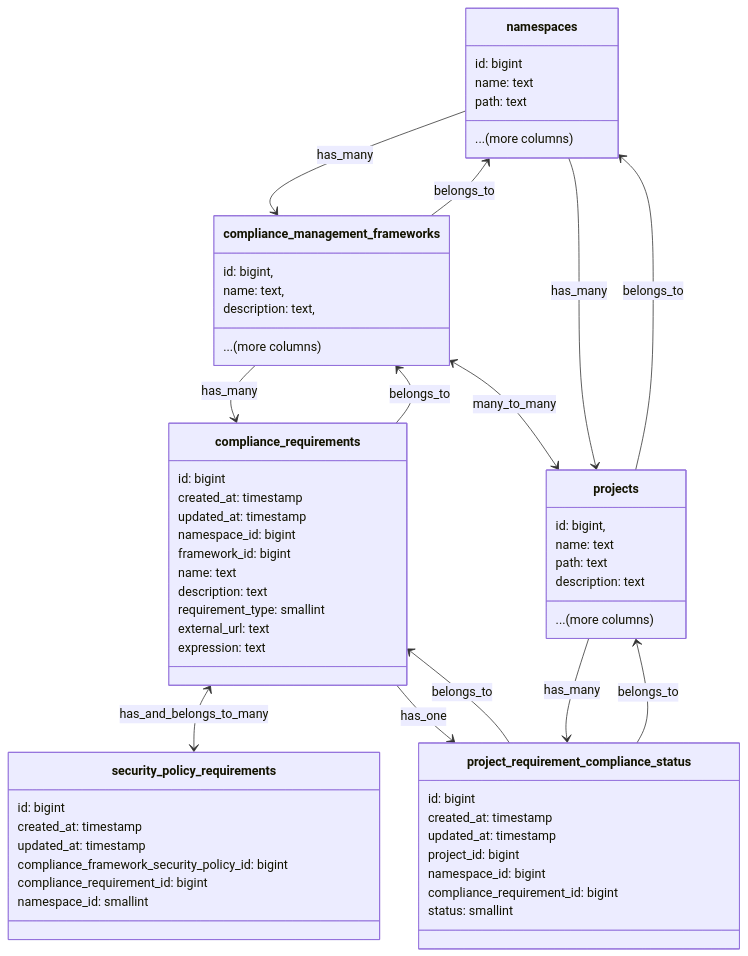
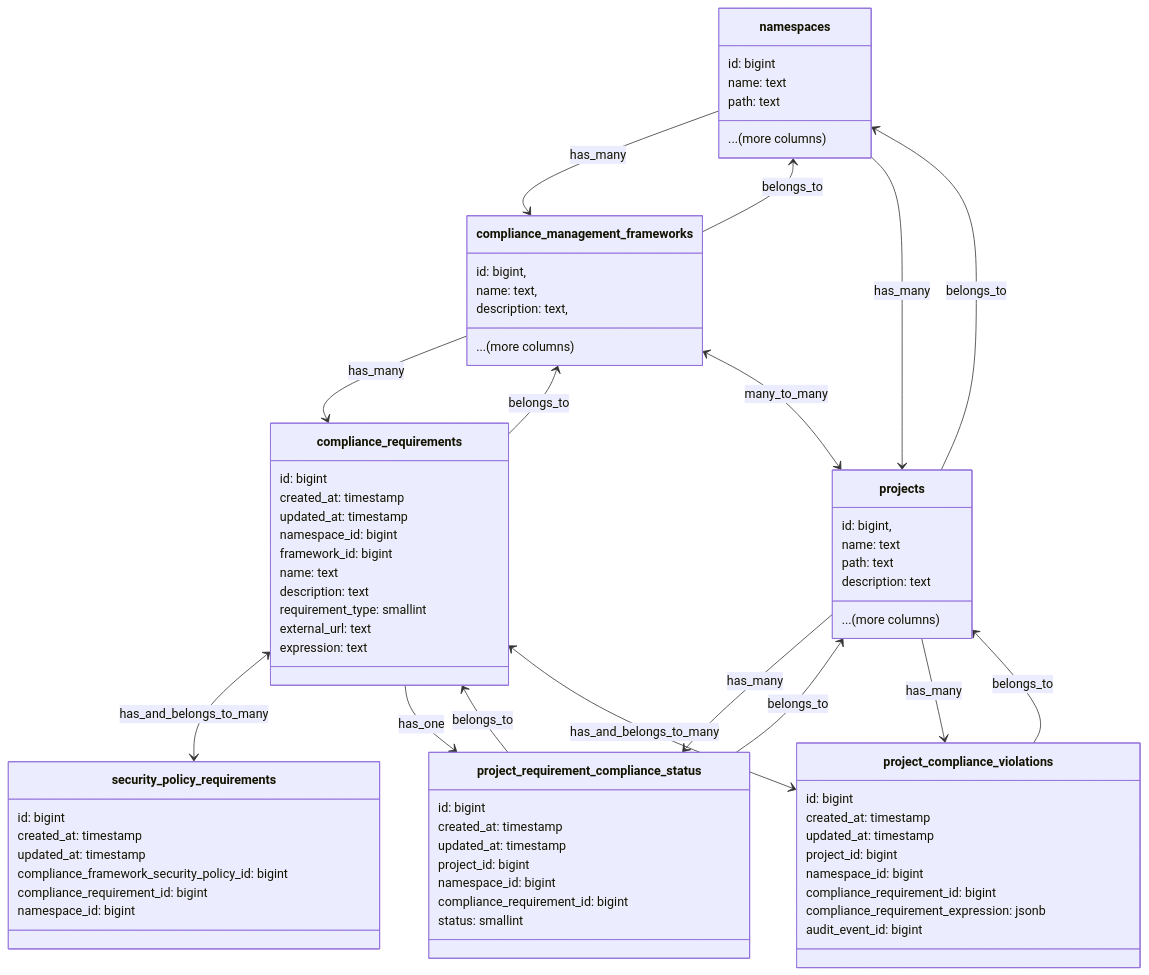
Before and after one commit to zalyoung/gitlab-handbook: the first of 4 diagrams in content/handbook/engineering/architecture/design-documents/compliance-adherence-reporting/_index.md, drawn with Mermaid. The commit also changed other lines of this file and 1 other file, not shown here.

Commit message:
Add ADR for compliance violations engine

````diff
--- a/content/handbook/engineering/architecture/design-documents/compliance-adherence-reporting/_index.md
+++ b/content/handbook/engineering/architecture/design-documents/compliance-adherence-reporting/_index.md
@@ -159,67 +160,81 @@
 ```mermaid
     classDiagram
     class namespaces {
         id: bigint
         name: text
         path: text
         ...(more columns)
     }
     class projects {
         id: bigint,
         name: text
         path: text
         description: text
         ...(more columns)
     }
     class compliance_management_frameworks {
         id: bigint,
         name: text,
         description: text,
         ...(more columns)
     }
 
     class compliance_requirements {
         id: bigint
         created_at: timestamp
         updated_at: timestamp
         namespace_id: bigint
         framework_id: bigint
         name: text
         description: text
         requirement_type: smallint
         external_url: text
         expression: text
     }
 
     class project_requirement_compliance_status {
         id: bigint
         created_at: timestamp
         updated_at: timestamp
         project_id: bigint
         namespace_id: bigint
         compliance_requirement_id: bigint
         status: smallint
     }
 
+    class project_compliance_violations {
+        id: bigint
+        created_at: timestamp
+        updated_at: timestamp
+        project_id: bigint
+        namespace_id: bigint
+        compliance_requirement_id: bigint
+        compliance_requirement_expression: jsonb
+        audit_event_id: bigint
+    }
+    
     class security_policy_requirements {
         id: bigint
         created_at: timestamp
         updated_at: timestamp
         compliance_framework_security_policy_id: bigint
         compliance_requirement_id: bigint
-        namespace_id: smallint
+        namespace_id: bigint
     }
 
     compliance_management_frameworks --> compliance_requirements : has_many
     compliance_management_frameworks <-- compliance_requirements : belongs_to
     compliance_management_frameworks <--> projects : many_to_many
     compliance_requirements <--> security_policy_requirements : has_and_belongs_to_many
     projects <-- namespaces : has_many
     projects --> namespaces : belongs_to
     namespaces --> compliance_management_frameworks : has_many
     namespaces <-- compliance_management_frameworks : belongs_to
     projects --> project_requirement_compliance_status : has_many
     projects <-- project_requirement_compliance_status : belongs_to
+    projects --> project_compliance_violations : has_many
+    projects <-- project_compliance_violations : belongs_to
     compliance_requirements --> project_requirement_compliance_status : has_one
     compliance_requirements <-- project_requirement_compliance_status : belongs_to
+    compliance_requirements <--> project_compliance_violations : has_and_belongs_to_many
 ```
````
